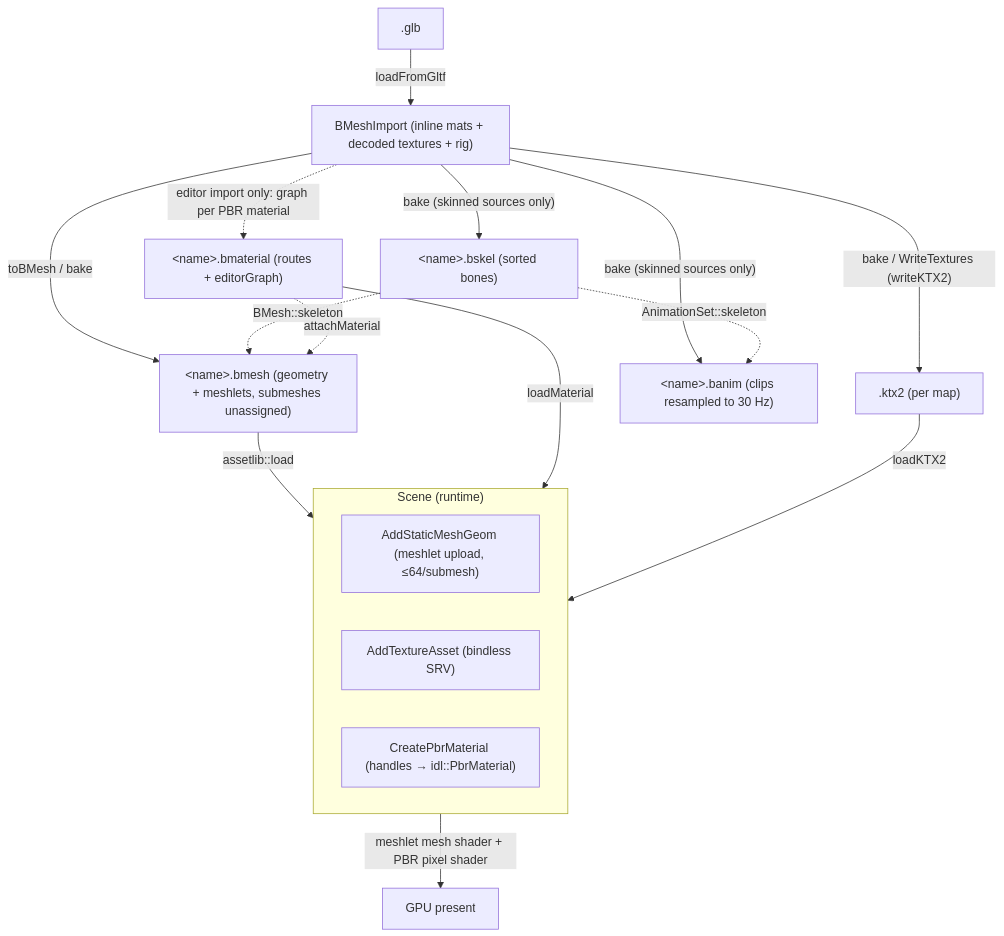
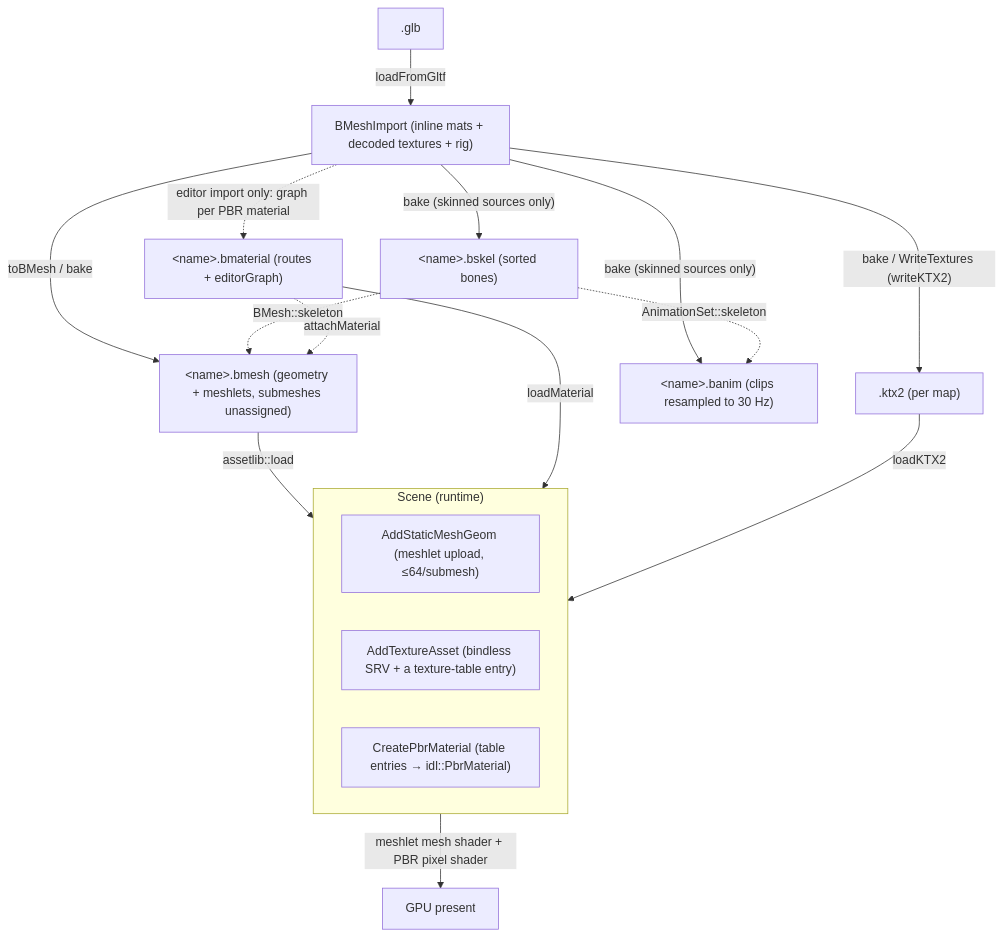
The diagram in docs/asset_standards.md (alexjiang200407/bernini), drawn with Mermaid before and after one commit. The commit also changed other lines of this file and 16 other files, not shown here.

````diff
--- a/docs/asset_standards.md
+++ b/docs/asset_standards.md
@@ -619,24 +622,24 @@
 ```mermaid
 flowchart TD
     GLTF[".glb"] -- "loadFromGltf" --> IMP["BMeshImport (inline mats + decoded textures + rig)"]
     IMP -- "toBMesh / bake" --> BMESH["&lt;name&gt;.bmesh (geometry + meshlets, submeshes unassigned)"]
     IMP -- "bake / WriteTextures (writeKTX2)" --> TEX[".ktx2 (per map)"]
     IMP -- "bake (skinned sources only)" --> SKEL["&lt;name&gt;.bskel (sorted bones)"]
     IMP -- "bake (skinned sources only)" --> ANIM["&lt;name&gt;.banim (clips resampled to 30 Hz)"]
     SKEL -. "BMesh::skeleton" .-> BMESH
     SKEL -. "AnimationSet::skeleton" .-> ANIM
     IMP -. "editor import only: graph per PBR material" .-> BMAT["&lt;name&gt;.bmaterial (routes + editorGraph)"]
     BMAT -. "attachMaterial" .-> BMESH
 
     BMESH -- "assetlib::load" --> SCENE
     BMAT -- "loadMaterial" --> SCENE
     TEX -- "loadKTX2" --> SCENE
 
     subgraph SCENE["Scene (runtime)"]
         AM["AddStaticMeshGeom (meshlet upload, ≤64/submesh)"]
-        AT["AddTextureAsset (bindless SRV)"]
-        CM["CreatePbrMaterial (handles → idl::PbrMaterial)"]
+        AT["AddTextureAsset (bindless SRV + a texture-table entry)"]
+        CM["CreatePbrMaterial (table entries → idl::PbrMaterial)"]
     end
 
     SCENE -- "meshlet mesh shader + PBR pixel shader" --> GPU["GPU present"]
 ```
````
